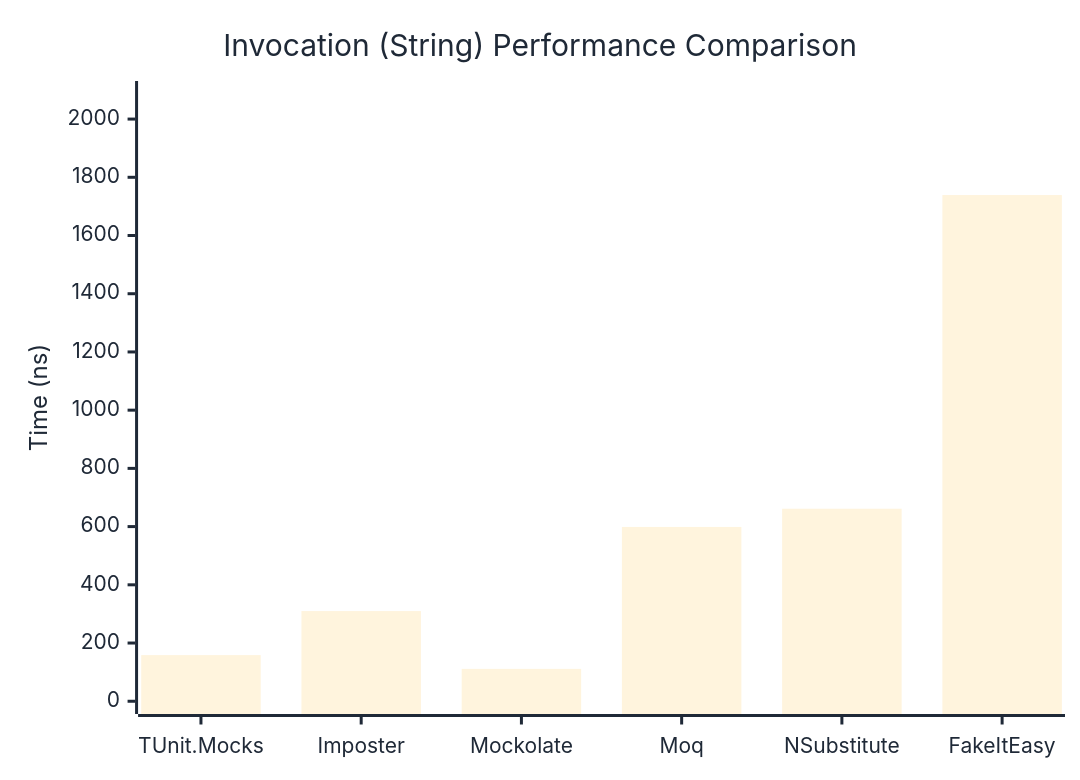
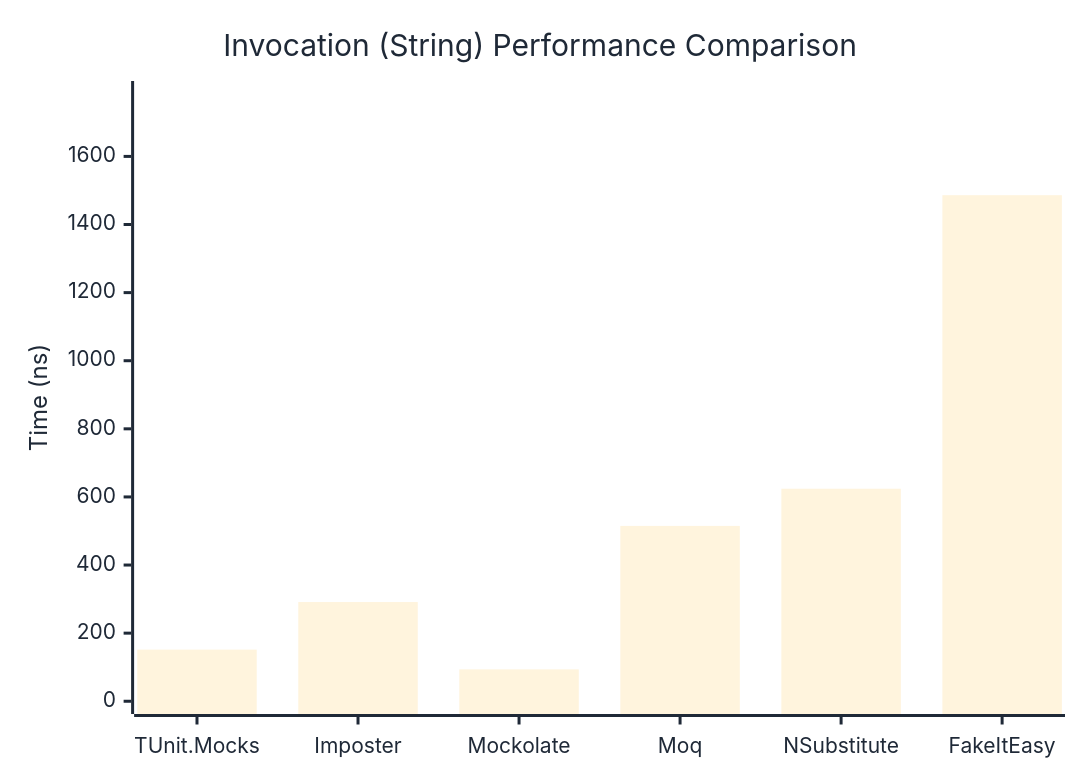
One commit to thomhurst/TUnit changed the second of 3 diagrams in docs/docs/benchmarks/mocks/Invocation.md. Above: the diagram before and after it, drawn with Mermaid. The commit also changed other lines of this file and 14 other files, not shown here.

````diff
--- a/docs/docs/benchmarks/mocks/Invocation.md
+++ b/docs/docs/benchmarks/mocks/Invocation.md
@@ -69,27 +69,27 @@
 ```mermaid
 %%{init: {
   'theme':'base',
   'themeVariables': {
     'primaryColor': '#2563eb',
     'primaryTextColor': '#1f2937',
     'primaryBorderColor': '#1e40af',
     'lineColor': '#6b7280',
     'secondaryColor': '#7c3aed',
     'tertiaryColor': '#dc2626',
     'background': '#ffffff',
     'pie1': '#2563eb',
     'pie2': '#7c3aed',
     'pie3': '#dc2626',
     'pie4': '#f59e0b',
     'pie5': '#10b981',
     'pie6': '#06b6d4',
     'pie7': '#ec4899',
     'pie8': '#6366f1'
   }
 }}%%
 xychart-beta
   title "Invocation (String) Performance Comparison"
   x-axis ["TUnit.Mocks", "Imposter", "Mockolate", "Moq", "NSubstitute", "FakeItEasy"]
-  y-axis "Time (ns)" 0 --> 2087
-  bar [158.5, 309.8, 111.2, 598.8, 661.4, 1739]
+  y-axis "Time (ns)" 0 --> 1784
+  bar [151.62, 291.29, 93.64, 514.88, 624.13, 1486.1]
 ```
````
